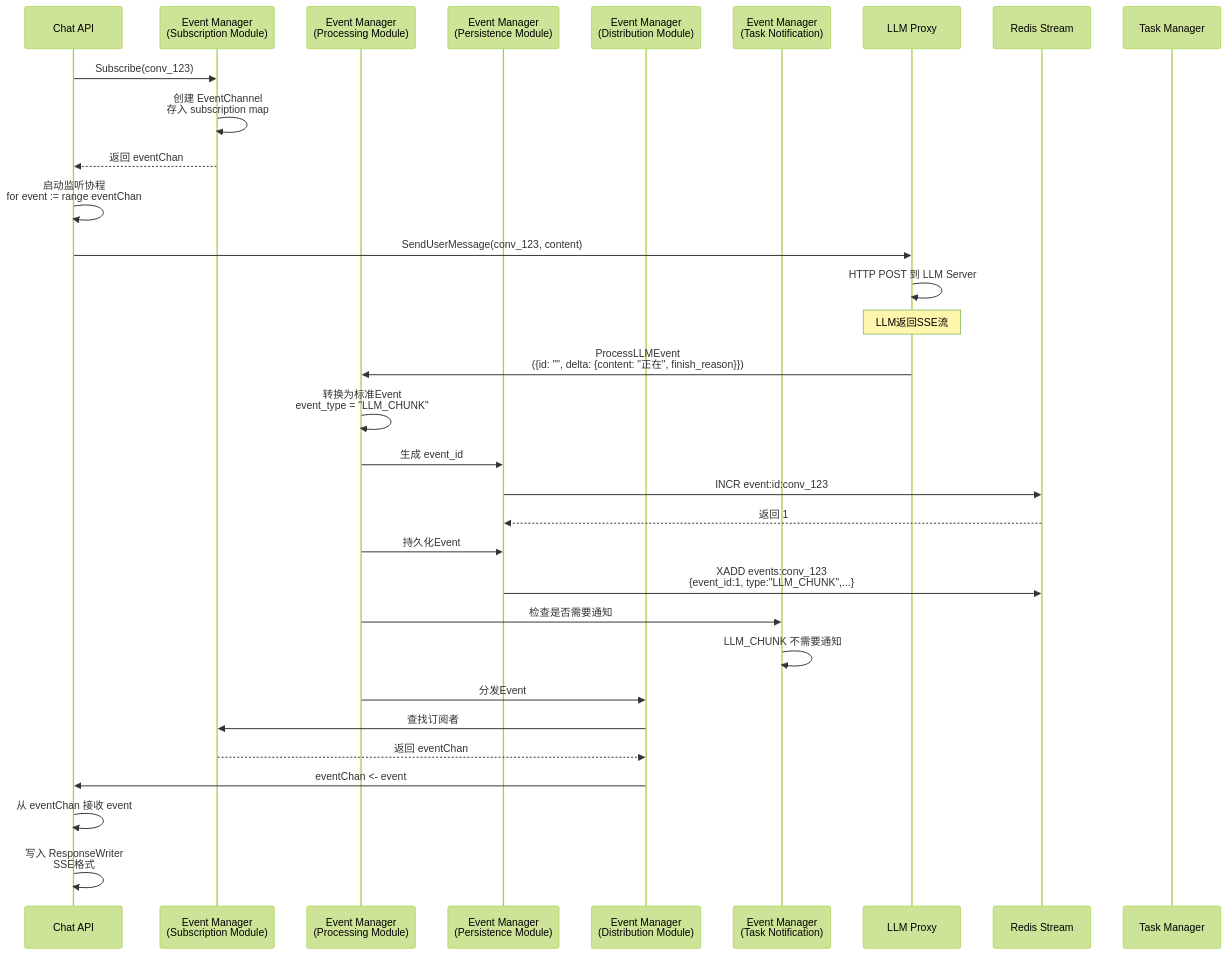
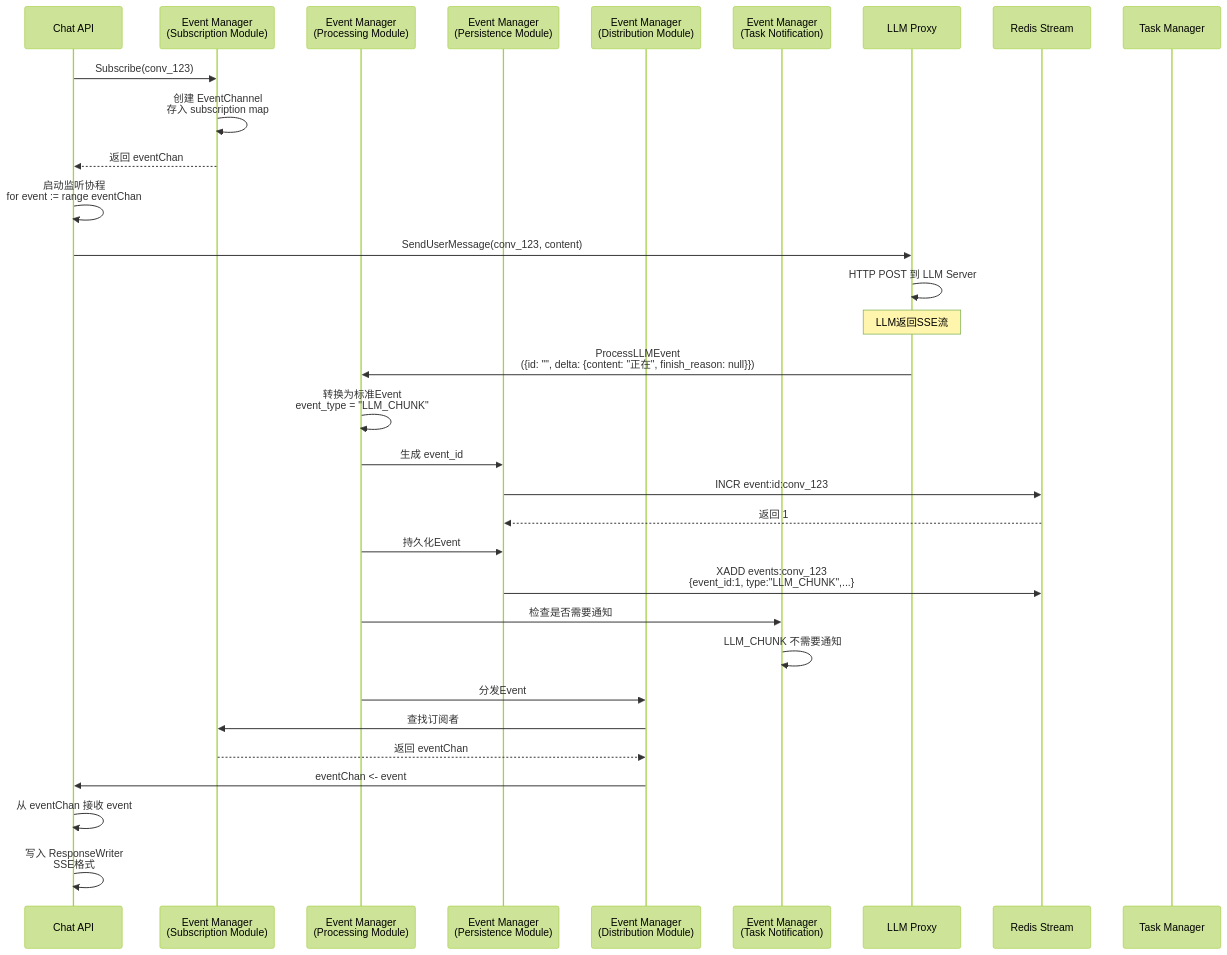
The diagram in all/未命名-10.md (yingjianzh/iodraw-files), drawn with Mermaid (forest theme) before and after one commit.

Commit message:
2025-12-22 17:29:11 update

````diff
--- a/all/未命名-10.md
+++ b/all/未命名-10.md
@@ -1,44 +1,44 @@
 ```mermaid
 sequenceDiagram
     participant ChatAPI as Chat API
     participant EventMgr as Event Manager<br/>(Subscription Module)
     participant EventProc as Event Manager<br/>(Processing Module)
     participant Persist as Event Manager<br/>(Persistence Module)
     participant Distrib as Event Manager<br/>(Distribution Module)
     participant TaskNotif as Event Manager<br/>(Task Notification)
     participant LLMProxy as LLM Proxy
     participant Redis as Redis Stream
     participant TaskMgr as Task Manager
 
     ChatAPI->>EventMgr: Subscribe(conv_123)
     EventMgr->>EventMgr: 创建 EventChannel<br/>存入 subscription map
     EventMgr-->>ChatAPI: 返回 eventChan
 
     ChatAPI->>ChatAPI: 启动监听协程<br/>for event := range eventChan
     
     ChatAPI->>LLMProxy: SendUserMessage(conv_123, content)
     LLMProxy->>LLMProxy: HTTP POST 到 LLM Server
 
     Note over LLMProxy: LLM返回SSE流
 
-    LLMProxy->>EventProc: ProcessLLMEvent<br/>({id: "", delta: {content: "正在", finish_reason}})
+    LLMProxy->>EventProc: ProcessLLMEvent<br/>({id: "", delta: {content: "正在", finish_reason: null}})
     
     EventProc->>EventProc: 转换为标准Event<br/>event_type = "LLM_CHUNK"
     EventProc->>Persist: 生成 event_id
     Persist->>Redis: INCR event:id:conv_123
     Redis-->>Persist: 返回 1
     
     EventProc->>Persist: 持久化Event
     Persist->>Redis: XADD events:conv_123<br/>{event_id:1, type:"LLM_CHUNK",...}
     
     EventProc->>TaskNotif: 检查是否需要通知
     TaskNotif->>TaskNotif: LLM_CHUNK 不需要通知
     
     EventProc->>Distrib: 分发Event
     Distrib->>EventMgr: 查找订阅者
     EventMgr-->>Distrib: 返回 eventChan
     Distrib->>ChatAPI: eventChan <- event
     
     ChatAPI->>ChatAPI: 从 eventChan 接收 event
     ChatAPI->>ChatAPI: 写入 ResponseWriter<br/>SSE格式
 ```
````
